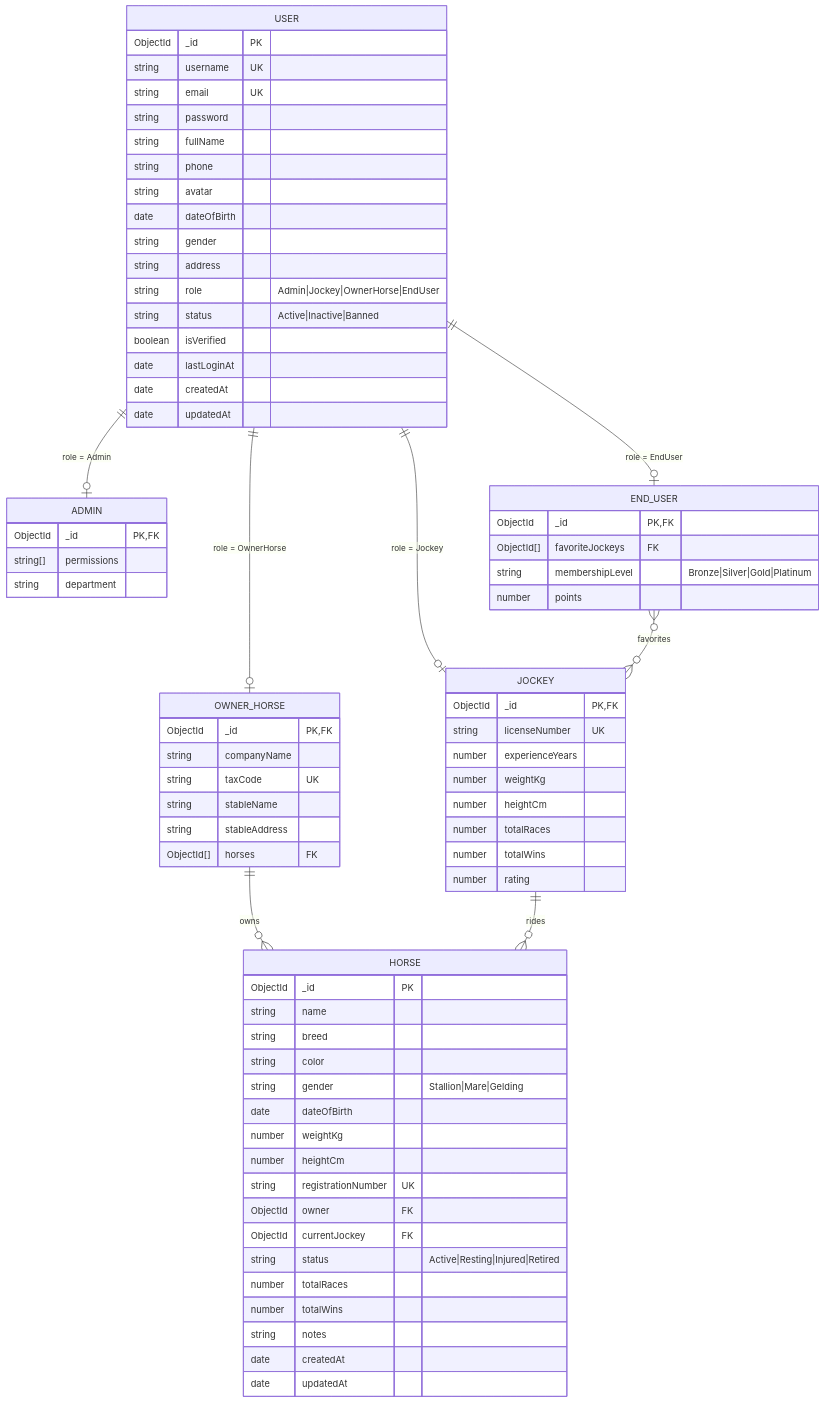
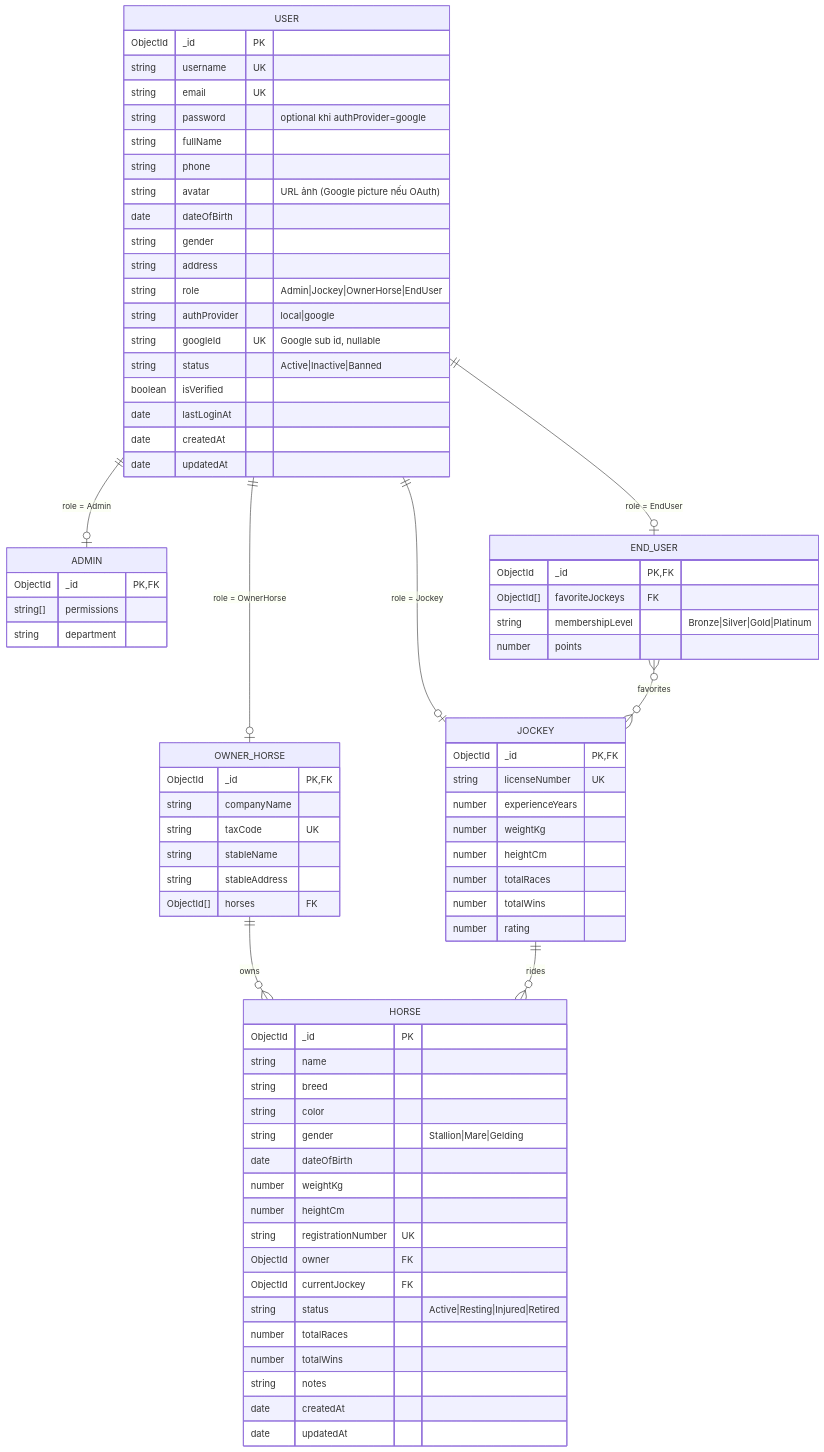
One commit to Sense9960/HorseManage changed the diagram in docs/ERD.md. Above: the diagram before and after it, drawn with Mermaid. The commit also changed other lines of this file and 1 other file, not shown here.

First line of the commit message:
docs: document Google OAuth flow in NOTES.md and ERD

```diff
--- a/docs/ERD.md
+++ b/docs/ERD.md
@@ -16,14 +16,16 @@
         ObjectId _id PK
         string   username UK
         string   email UK
-        string   password
+        string   password "optional khi authProvider=google"
         string   fullName
         string   phone
-        string   avatar
+        string   avatar "URL ảnh (Google picture nếu OAuth)"
         date     dateOfBirth
         string   gender
         string   address
         string   role "Admin|Jockey|OwnerHorse|EndUser"
+        string   authProvider "local|google"
+        string   googleId UK "Google sub id, nullable"
         string   status "Active|Inactive|Banned"
         boolean  isVerified
         date     lastLoginAt
```
